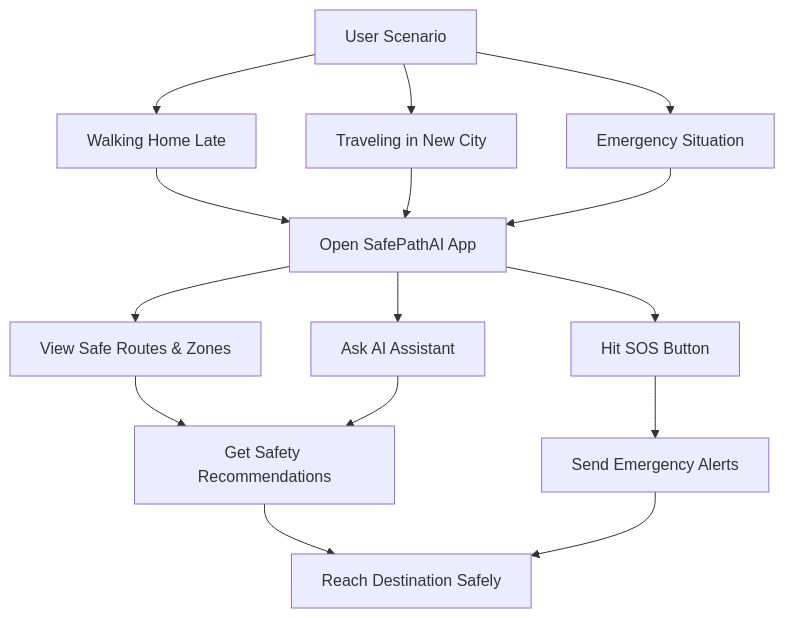
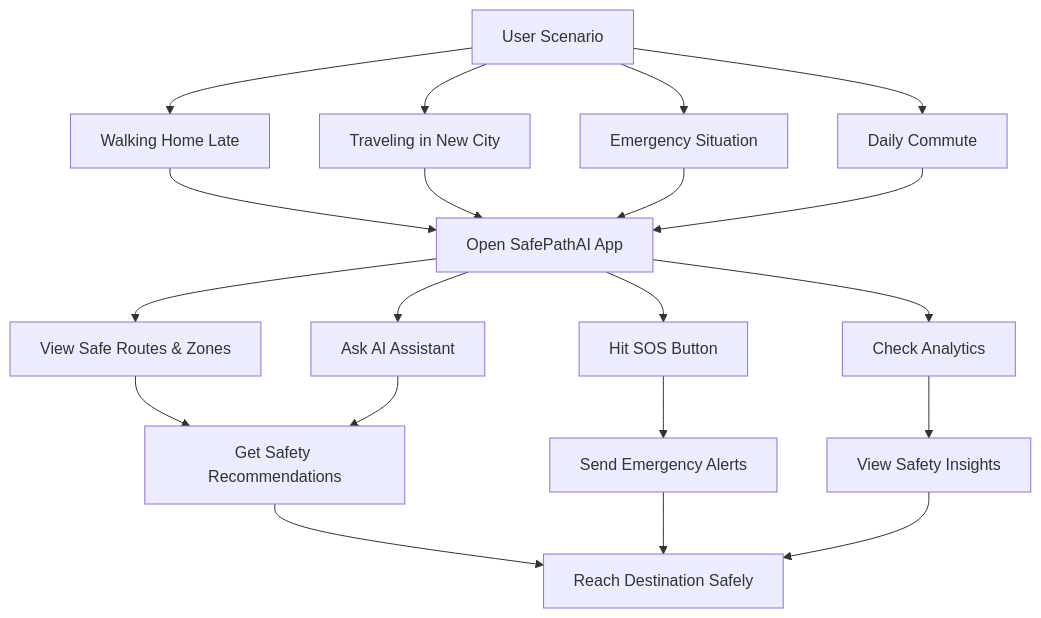
The first of 4 diagrams in README.md (SrinjoyeeDey/SafePathAI-AI-Powered-Safety-Assistance-App), drawn with Mermaid before and after one commit. The commit also changed other lines of this file and 3 other files, not shown here.

````diff
--- a/README.md
+++ b/README.md
@@ -62,21 +72,26 @@
 ```mermaid
 graph TD
     A[User Scenario] --> B[Walking Home Late]
     A --> C[Traveling in New City]
     A --> D[Emergency Situation]
+    A --> E[Daily Commute]
     
-    B --> E[Open SafePathAI App]
-    C --> E
-    D --> E
+    B --> F[Open SafePathAI App]
+    C --> F
+    D --> F
+    E --> F
     
-    E --> F[View Safe Routes & Zones]
-    E --> G[Ask AI Assistant]
-    E --> H[Hit SOS Button]
+    F --> G[View Safe Routes & Zones]
+    F --> H[Ask AI Assistant]
+    F --> I[Hit SOS Button]
+    F --> J[Check Analytics]
     
-    F --> I[Get Safety Recommendations]
-    G --> I
-    H --> J[Send Emergency Alerts]
+    G --> K[Get Safety Recommendations]
+    H --> K
+    I --> L[Send Emergency Alerts]
+    J --> M[View Safety Insights]
     
-    I --> K[Reach Destination Safely]
-    J --> K
+    K --> N[Reach Destination Safely]
+    L --> N
+    M --> N
 ```
````
